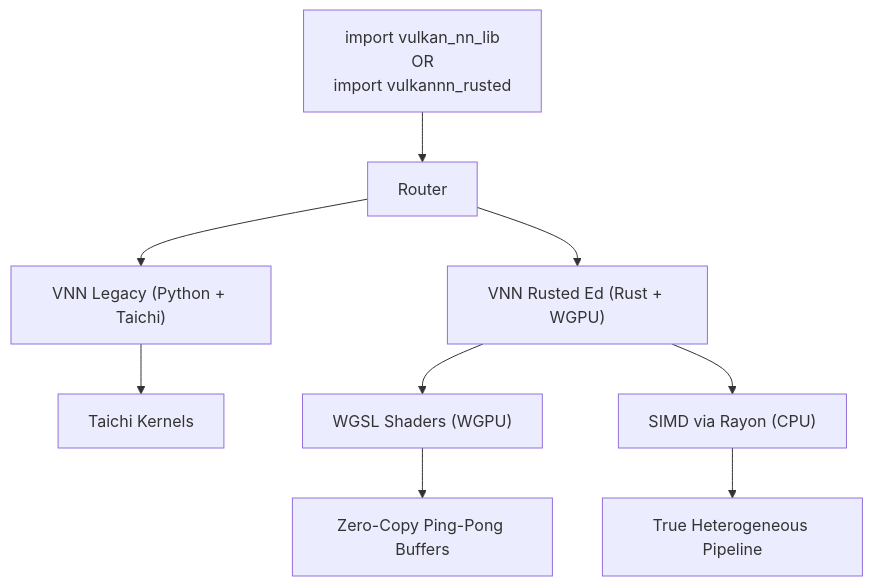
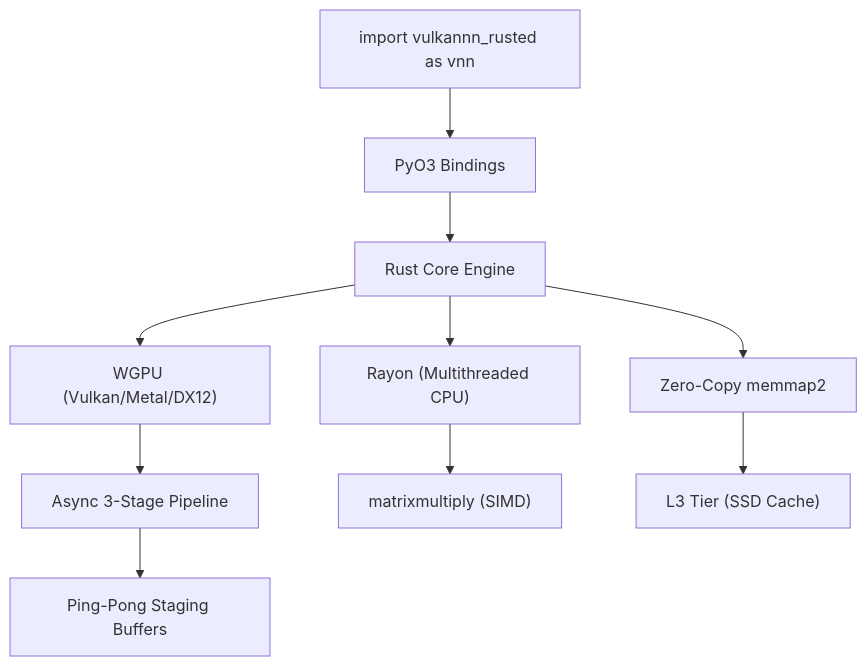
Before and after one commit to slavek-is-hyperreal/OxTorch: the diagram in docs/architecture.md, drawn with Mermaid. The commit also changed other lines of this file and 5 other files, not shown here.

````diff
--- a/docs/architecture.md
+++ b/docs/architecture.md
@@ -7,13 +5,16 @@
 ```mermaid
 graph TD
-    User["import vulkan_nn_lib \n OR \n import vulkannn_rusted"] --> Router
-    Router --> LegacyEngine["VNN Legacy (Python + Taichi)"]
-    Router --> RustedEngine["VNN Rusted Ed (Rust + WGPU)"]
+    User["import vulkannn_rusted as vnn"] --> PyO3["PyO3 Bindings"]
+    PyO3 --> RustEngine["Rust Core Engine"]
     
-    LegacyEngine --> LegacyVulkan["Taichi Kernels"]
-    RustedEngine --> RustWGPU["WGSL Shaders (WGPU)"]
-    RustedEngine --> Rayon["SIMD via Rayon (CPU)"]
+    RustEngine --> WGPU["WGPU (Vulkan/Metal/DX12)"]
+    RustEngine --> Rayon["Rayon (Multithreaded CPU)"]
     
-    RustWGPU --> PingPong["Zero-Copy Ping-Pong Buffers"]
-    Rayon --> Hetero["True Heterogeneous Pipeline"]
+    WGPU --> Async3["Async 3-Stage Pipeline"]
+    Async3 --> PingPong["Ping-Pong Staging Buffers"]
+    
+    Rayon --> BLAS["matrixmultiply (SIMD)"]
+    
+    RustEngine --> Mmap["Zero-Copy memmap2"]
+    Mmap --> L3["L3 Tier (SSD Cache)"]
 ```
````
